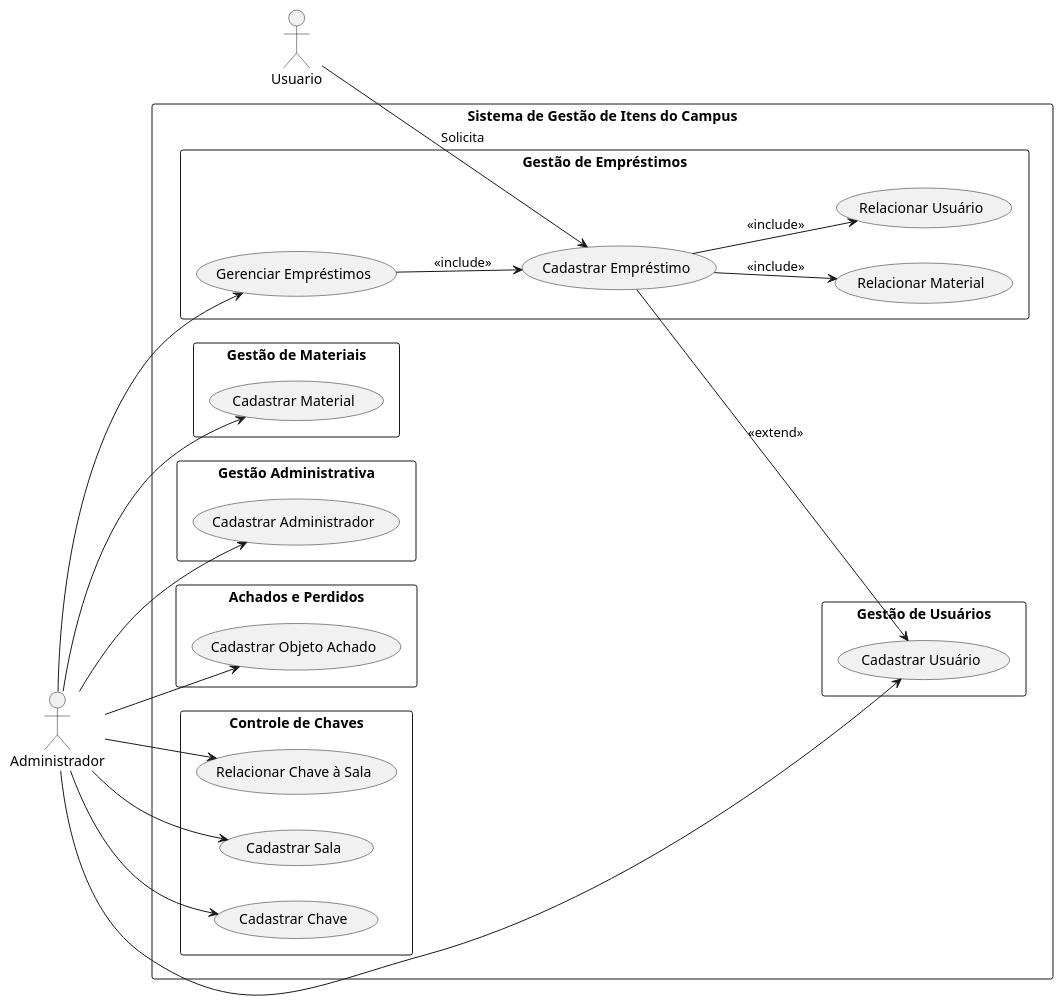
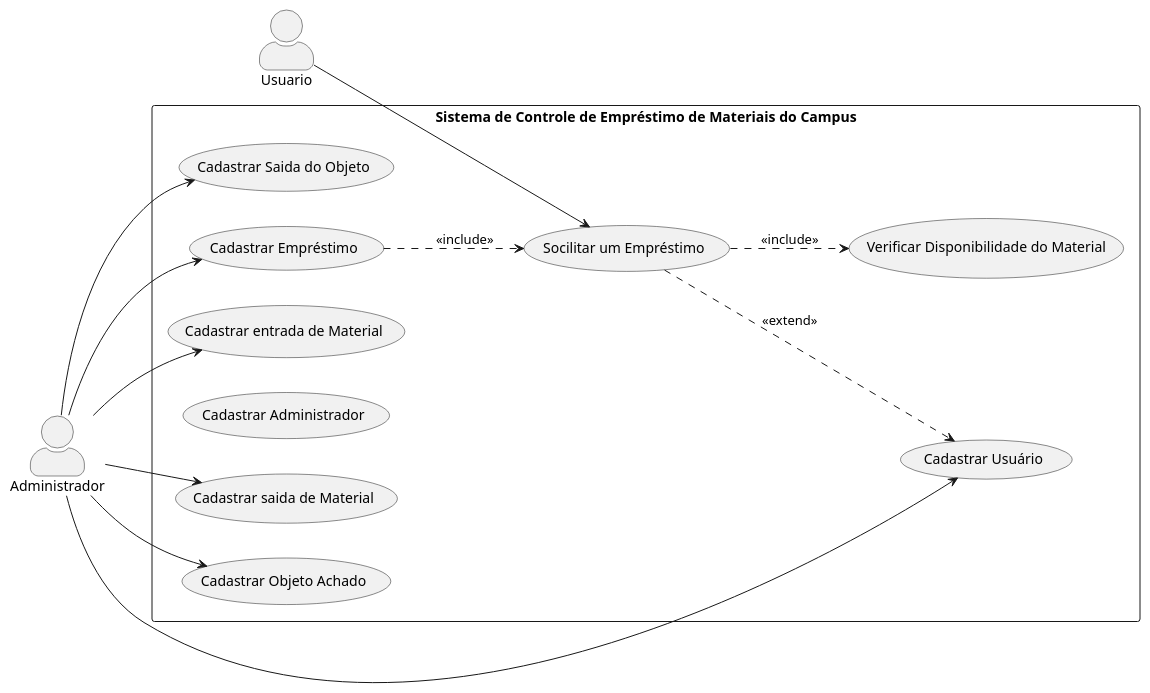
One commit to anabeatm/faculdade changed the diagram in 2025/APS/Abril/diagramaCasoUso.puml. Above: the diagram before and after it, drawn with PlantUML. The commit also changed 6480 other files, not shown here.

```diff
--- a/2025/APS/Abril/diagramaCasoUso.puml
+++ b/2025/APS/Abril/diagramaCasoUso.puml
@@ -1,58 +1,37 @@
 @startuml
 left to right direction
-skinparam packageStyle rectangle
+skinparam actorPosition top
+skinparam actorStyle awesome
 
 actor Administrador as A
 actor Usuario as U
 
-package "Sistema de Gestão de Itens do Campus" {
+rectangle "Sistema de Controle de Empréstimo de Materiais do Campus" {
   
-  package "Gestão de Empréstimos" {
-    usecase "Gerenciar Empréstimos" as GE
-    usecase "Cadastrar Empréstimo" as CE3
-    usecase "Relacionar Material" as RE1
-    usecase "Relacionar Usuário" as RE2
-  }
+  usecase "Cadastrar Empréstimo" as CE1
+  usecase "Cadastrar entrada de Material" as CE2
+  usecase "Cadastrar saida de Material" as CE3
+  usecase "Cadastrar Usuário" as CE4
+  usecase "Socilitar um Empréstimo" as CE5
+  usecase "Cadastrar Administrador" as CE6
+  usecase "Verificar Disponibilidade do Material" as CE7
+  usecase "Cadastrar Objeto Achado" as CO1
+  usecase "Cadastrar Saida do Objeto" as CO2
+  
 
-  package "Gestão de Materiais" {
-    usecase "Cadastrar Material" as CE2
-  }
+  A --> CE1
+  A --> CE2
+  A --> CE3
+  A --> CE4
+  A --> CO1
+  A --> CO2
 
-  package "Gestão de Usuários" {
-    usecase "Cadastrar Usuário" as CE4
-  }
+  
+  U --> CE5
 
-  package "Gestão Administrativa" {
-    usecase "Cadastrar Administrador" as CE1
-  }
-
-  package "Achados e Perdidos" {
-    usecase "Cadastrar Objeto Achado" as CO1
-  }
-
-  package "Controle de Chaves" {
-    usecase "Cadastrar Sala" as CS1
-    usecase "Cadastrar Chave" as CS2
-    usecase "Relacionar Chave à Sala" as RE3
-  }
-
-
-  A --> GE
-  A --> CE2
-  A --> CE4
-  A --> CE1
-  A --> CO1
-  A --> CS1
-  A --> CS2
-  A --> RE3
-
-  U --> CE3 : Solicita
-
-
-  GE --> CE3 : <<include>>
-  CE3 --> RE2 : <<include>>
-  CE3 --> RE1 : <<include>>
-  CE3 --> CE4 : <<extend>>
+  CE1 .-> CE5 : <<include>>
+  CE5 .-> CE7 : <<include>>
+  CE5 .-> CE4 : <<extend>>
 }
 
 @enduml
```
